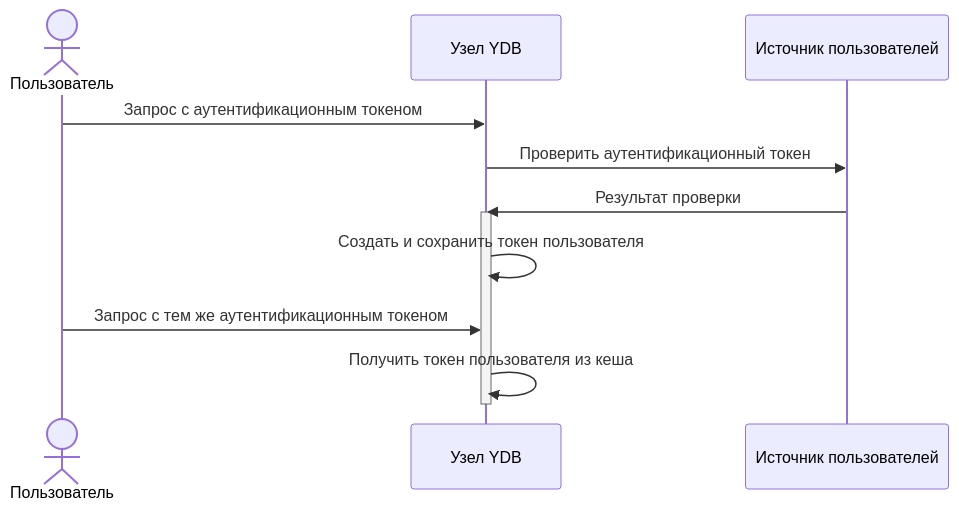
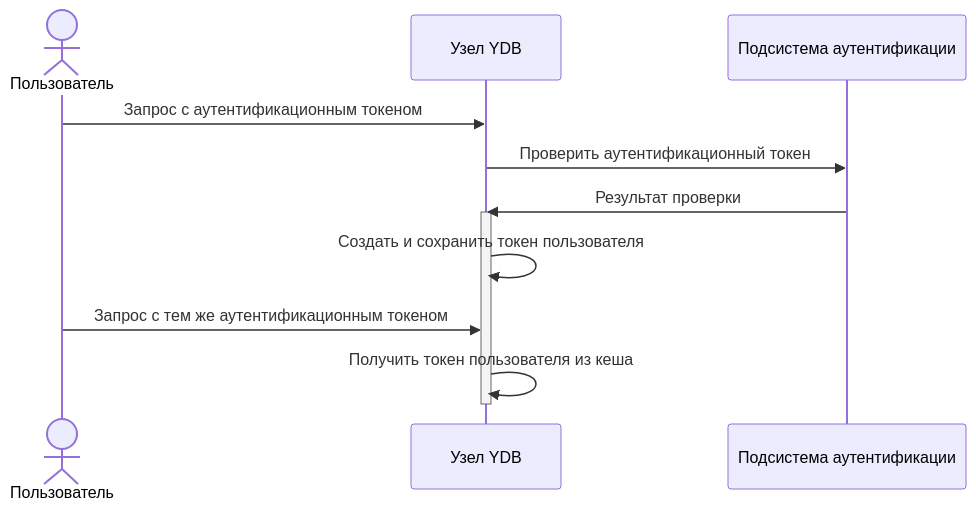
One commit to ydb-platform/ydb changed the diagram in ydb/docs/ru/core/security/_assets/user-token.md. Above: the diagram before and after it, drawn with Mermaid. The commit also changed 3 other files, not shown here.

````diff
--- a/ydb/docs/ru/core/security/_assets/user-token.md
+++ b/ydb/docs/ru/core/security/_assets/user-token.md
@@ -1,16 +1,16 @@
 ```mermaid
 sequenceDiagram
     actor user as Пользователь
     participant node as Узел YDB
-    participant auth as Источник пользователей
+    participant auth as Подсистема аутентификации
 
     user->>node: Запрос с аутентификационным токеном
     node->>auth: Проверить аутентификационный токен
     auth->>node: Результат проверки
 
     activate node
     node->>node: Создать и сохранить токен пользователя
     user->>node: Запрос с тем же аутентификационным токеном
     node->>node: Получить токен пользователя из кеша
     deactivate node
 ```
````
